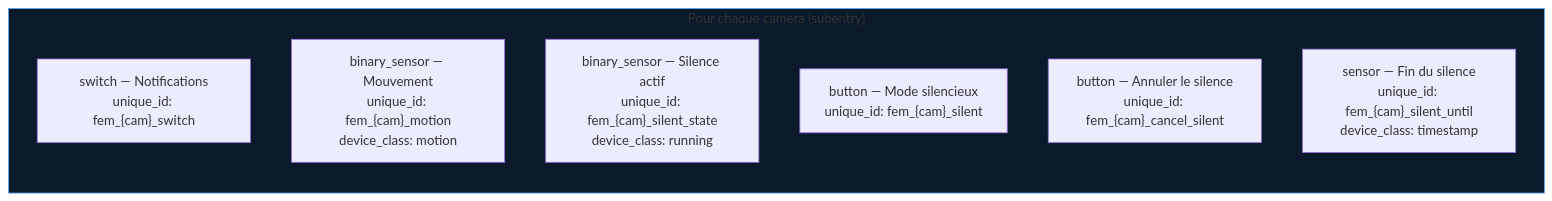
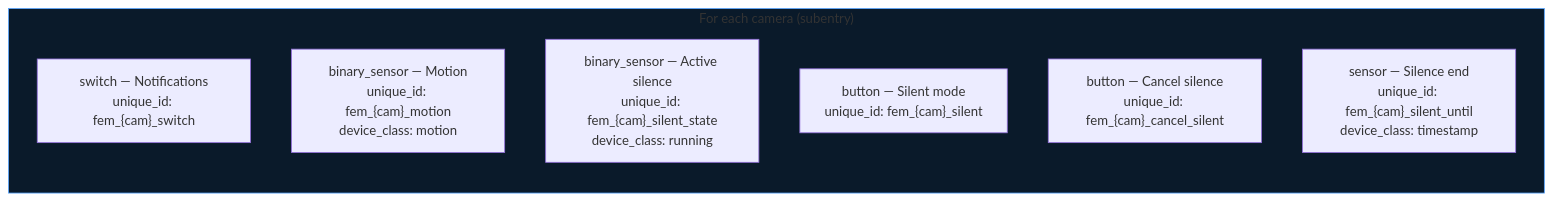
The third of 4 diagrams in docs/architecture.md (trowaflo/frigate-event-manager), drawn with Mermaid before and after one commit. The commit also changed other lines of this file, not shown here.

Commit message:
docs: translate architecture.md to english

````diff
--- a/docs/architecture.md
+++ b/docs/architecture.md
@@ -198,13 +198,13 @@
 ```mermaid
 graph LR
-    subgraph camera["Pour chaque camera (subentry)"]
+    subgraph camera["For each camera (subentry)"]
         D["switch — Notifications\nunique_id: fem_{cam}_switch"]
-        E["binary_sensor — Mouvement\nunique_id: fem_{cam}_motion\ndevice_class: motion"]
-        E2["binary_sensor — Silence actif\nunique_id: fem_{cam}_silent_state\ndevice_class: running"]
-        F["button — Mode silencieux\nunique_id: fem_{cam}_silent"]
-        F2["button — Annuler le silence\nunique_id: fem_{cam}_cancel_silent"]
-        G["sensor — Fin du silence\nunique_id: fem_{cam}_silent_until\ndevice_class: timestamp"]
+        E["binary_sensor — Motion\nunique_id: fem_{cam}_motion\ndevice_class: motion"]
+        E2["binary_sensor — Active silence\nunique_id: fem_{cam}_silent_state\ndevice_class: running"]
+        F["button — Silent mode\nunique_id: fem_{cam}_silent"]
+        F2["button — Cancel silence\nunique_id: fem_{cam}_cancel_silent"]
+        G["sensor — Silence end\nunique_id: fem_{cam}_silent_until\ndevice_class: timestamp"]
     end
 
     style camera fill:#0a1a2a,stroke:#58a6ff
 ```
````
